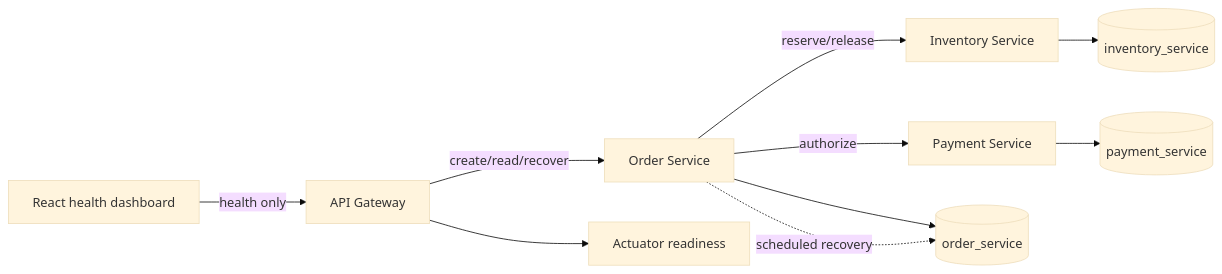
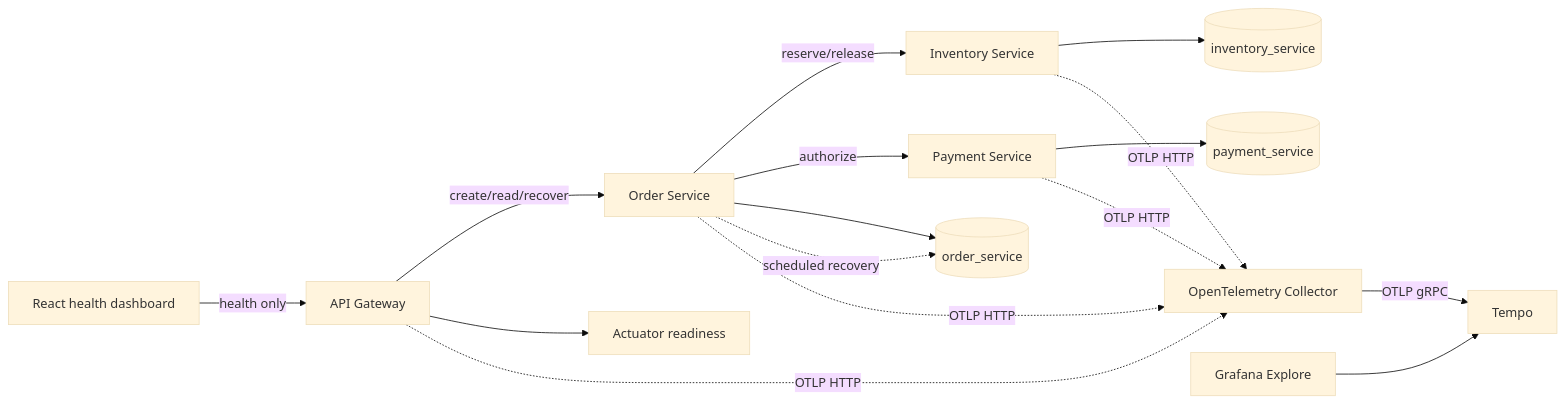
The first of 2 diagrams in docs/architecture.md (LohithaK25/TraceForge), drawn with Mermaid (base theme) before and after one commit. The commit also changed other lines of this file and 73 other files, not shown here.

````diff
--- a/docs/architecture.md
+++ b/docs/architecture.md
@@ -7,12 +7,18 @@
 ```mermaid
 flowchart LR
   Browser[React health dashboard] -->|health only| Gateway[API Gateway]
   Gateway -->|create/read/recover| Order[Order Service]
   Order -->|reserve/release| Inventory[Inventory Service]
   Order -->|authorize| Payment[Payment Service]
   Order --> OrderDB[(order_service)]
   Inventory --> InventoryDB[(inventory_service)]
   Payment --> PaymentDB[(payment_service)]
   Order -. scheduled recovery .-> OrderDB
   Gateway --> Actuator[Actuator readiness]
+  Gateway -. OTLP HTTP .-> Collector[OpenTelemetry Collector]
+  Order -. OTLP HTTP .-> Collector
+  Inventory -. OTLP HTTP .-> Collector
+  Payment -. OTLP HTTP .-> Collector
+  Collector -->|OTLP gRPC| Tempo[Tempo]
+  Grafana[Grafana Explore] --> Tempo
 ```
````
